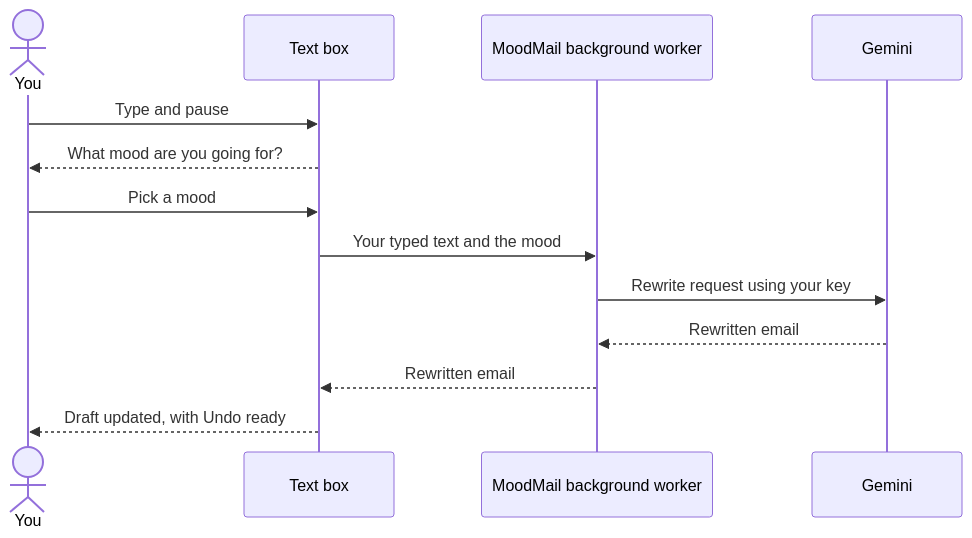
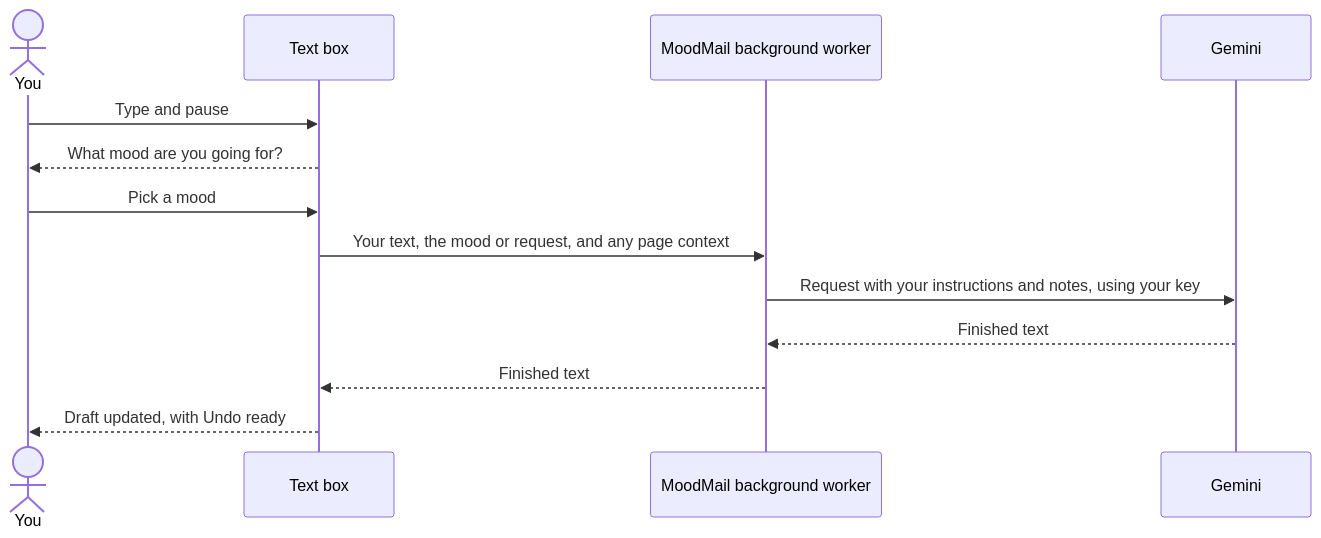
Before and after one commit to moazzanimran2007/moodmail: the second of 2 diagrams in README.md, drawn with Mermaid. The commit also changed other lines of this file and 12 other files, not shown here.

First line of the commit message:
Answer requests in place, with page, notes and document context

````diff
--- a/README.md
+++ b/README.md
@@ -301,15 +346,15 @@
 ```mermaid
 sequenceDiagram
     actor You
     participant Page as Text box
     participant Worker as MoodMail background worker
     participant Gemini
     You->>Page: Type and pause
     Page-->>You: What mood are you going for?
     You->>Page: Pick a mood
-    Page->>Worker: Your typed text and the mood
-    Worker->>Gemini: Rewrite request using your key
-    Gemini-->>Worker: Rewritten email
-    Worker-->>Page: Rewritten email
+    Page->>Worker: Your text, the mood or request, and any page context
+    Worker->>Gemini: Request with your instructions and notes, using your key
+    Gemini-->>Worker: Finished text
+    Worker-->>Page: Finished text
     Page-->>You: Draft updated, with Undo ready
 ```
````
